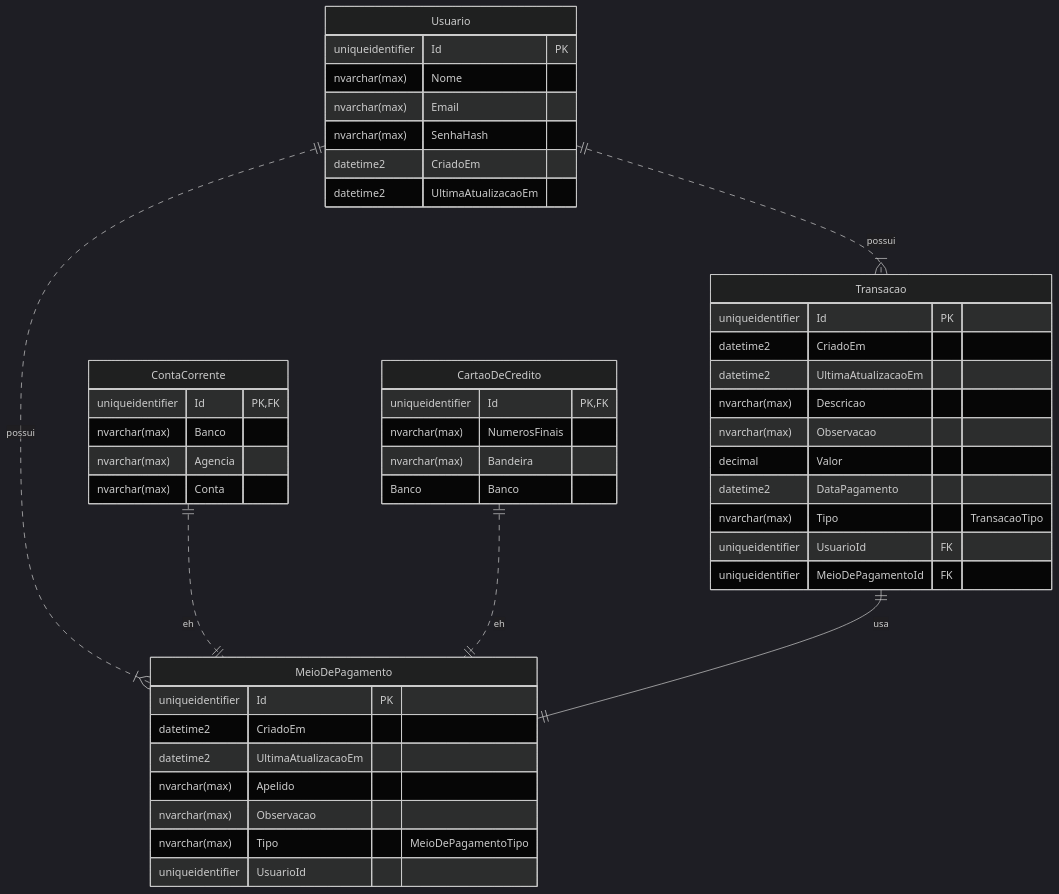
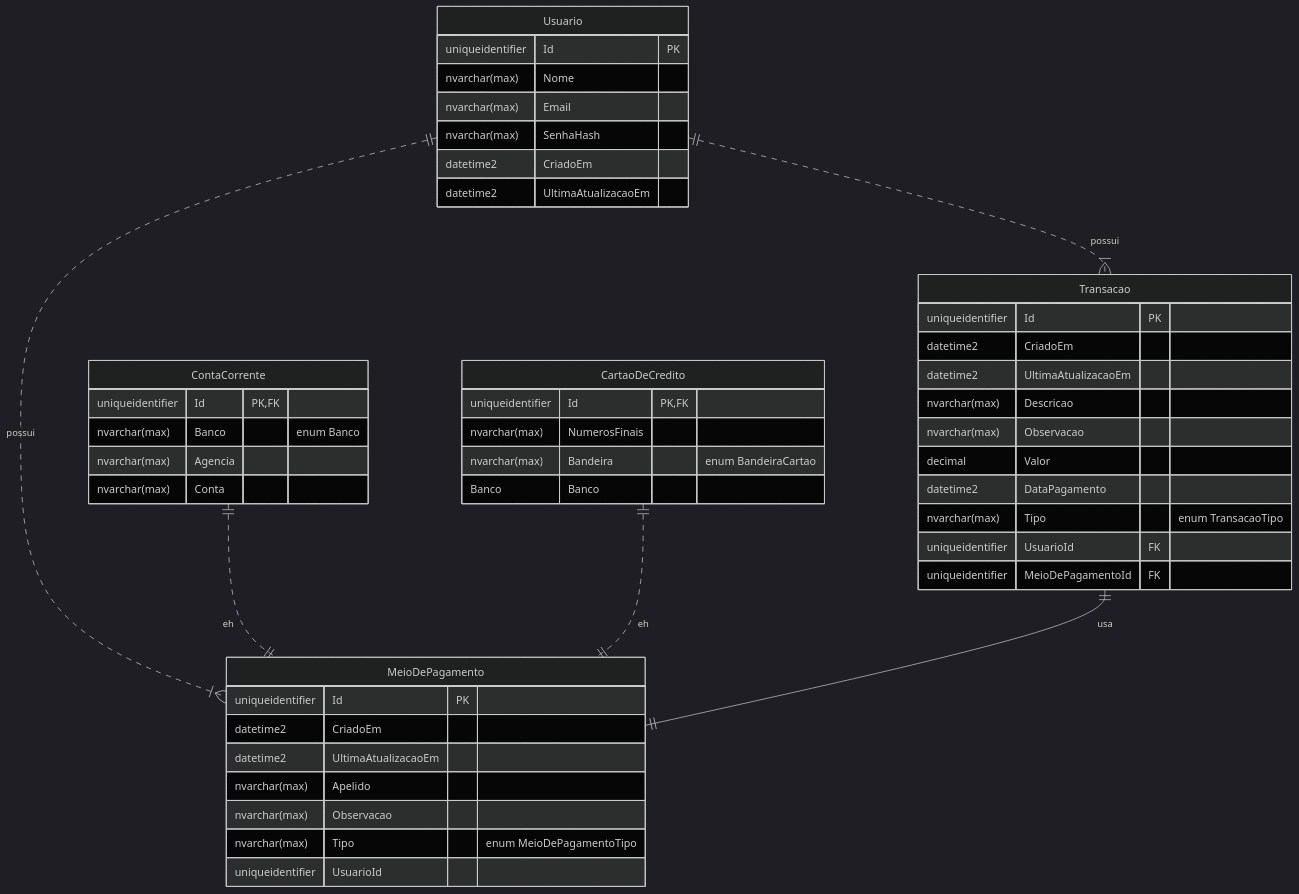
One commit to gbLw1/MyCoreBanking changed the second of 2 diagrams in README.md. Above: the diagram before and after it, drawn with Mermaid (dark theme).

Commit message:
fix: enums mermaid

````diff
--- a/README.md
+++ b/README.md
@@ -83,55 +83,55 @@
 ```mermaid
 erDiagram
 
 ContaCorrente{
     uniqueidentifier Id PK, FK
-    nvarchar(max) Banco
+    nvarchar(max) Banco "enum Banco"
     nvarchar(max) Agencia
     nvarchar(max) Conta
 }
 
 MeioDePagamento{
     uniqueidentifier Id PK
     datetime2 CriadoEm
     datetime2 UltimaAtualizacaoEm
     nvarchar(max) Apelido
     nvarchar(max) Observacao
-    nvarchar(max) Tipo "MeioDePagamentoTipo"
+    nvarchar(max) Tipo "enum MeioDePagamentoTipo"
     uniqueidentifier UsuarioId
 }
 
 CartaoDeCredito{
     uniqueidentifier Id PK, FK
     nvarchar(max) NumerosFinais
-    nvarchar(max) Bandeira
+    nvarchar(max) Bandeira "enum BandeiraCartao"
     Banco Banco
 }
 
 Usuario{
     uniqueidentifier Id PK
     nvarchar(max) Nome
     nvarchar(max) Email
     nvarchar(max) SenhaHash
     datetime2 CriadoEm
     datetime2 UltimaAtualizacaoEm
 }
 
 Transacao{
     uniqueidentifier Id PK
     datetime2 CriadoEm
     datetime2 UltimaAtualizacaoEm
     nvarchar(max) Descricao
     nvarchar(max) Observacao
     decimal Valor
     datetime2 DataPagamento
-    nvarchar(max) Tipo "TransacaoTipo"
+    nvarchar(max) Tipo "enum TransacaoTipo"
     uniqueidentifier UsuarioId FK
     uniqueidentifier MeioDePagamentoId FK    
 }
 
 Usuario ||..|{ MeioDePagamento : possui
 Usuario ||..|{ Transacao : possui
 ContaCorrente ||..|| MeioDePagamento : eh
 CartaoDeCredito ||..|| MeioDePagamento : eh
 Transacao ||--|| MeioDePagamento : usa
 ```
````
